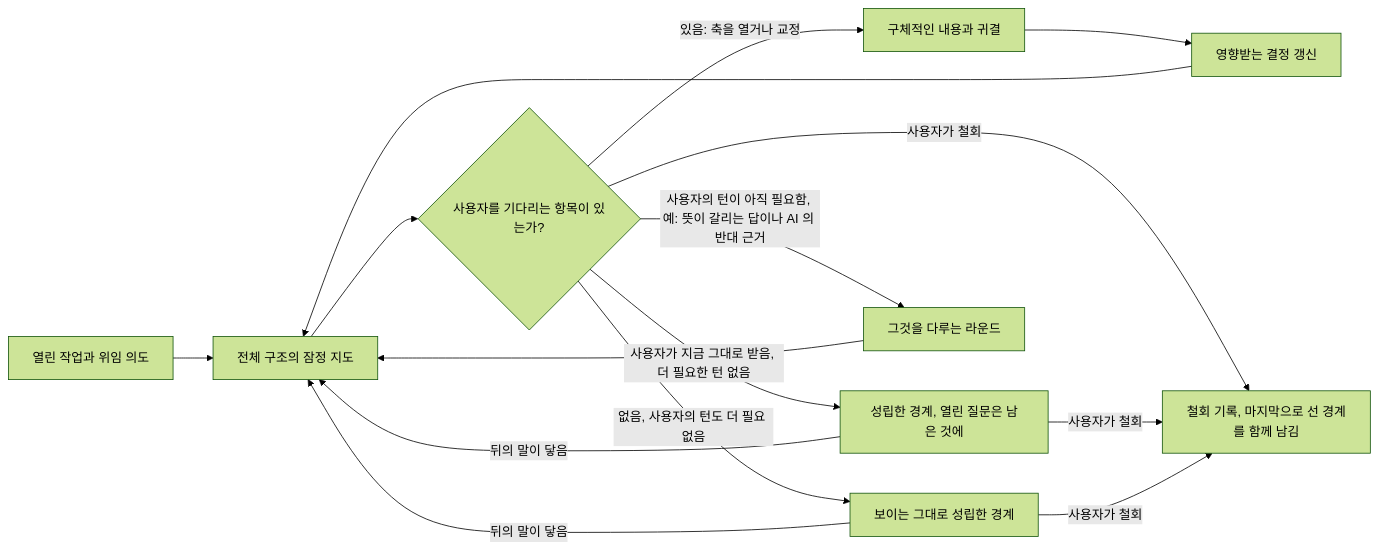
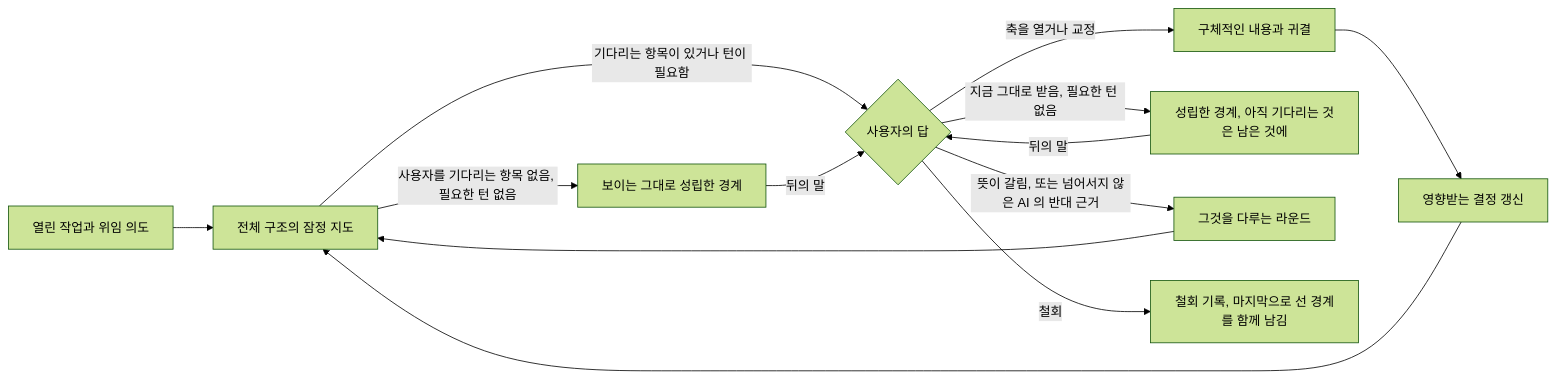
The diagram in horismos/README_ko.md (jongwony/epistemic-protocols), drawn with Mermaid (forest theme) before and after one commit. The commit also changed other lines of this file and 3 other files, not shown here.

````diff
--- a/horismos/README_ko.md
+++ b/horismos/README_ko.md
@@ -9,17 +9,15 @@
 ```mermaid
 flowchart LR
     A[열린 작업과 위임 의도] --> B[전체 구조의 잠정 지도]
-    B --> C{사용자를 기다리는 항목이 있는가?}
-    C -->|있음: 축을 열거나 교정| D[구체적인 내용과 귀결]
+    B -->|사용자를 기다리는 항목 없음, 필요한 턴 없음| G[보이는 그대로 성립한 경계]
+    B -->|기다리는 항목이 있거나 턴이 필요함| C{사용자의 답}
+    C -->|축을 열거나 교정| D[구체적인 내용과 귀결]
     D --> E[영향받는 결정 갱신]
     E --> B
-    C -->|사용자가 지금 그대로 받음, 더 필요한 턴 없음| F[성립한 경계, 열린 질문은 남은 것에]
-    C -->|없음, 사용자의 턴도 더 필요 없음| G[보이는 그대로 성립한 경계]
-    C -->|사용자의 턴이 아직 필요함, 예: 뜻이 갈리는 답이나 AI 의 반대 근거| H[그것을 다루는 라운드]
+    C -->|지금 그대로 받음, 필요한 턴 없음| F[성립한 경계, 아직 기다리는 것은 남은 것에]
+    C -->|뜻이 갈림, 또는 넘어서지 않은 AI 의 반대 근거| H[그것을 다루는 라운드]
     H --> B
-    C -->|사용자가 철회| W[철회 기록, 마지막으로 선 경계를 함께 남김]
-    F -->|뒤의 말이 닿음| B
-    G -->|뒤의 말이 닿음| B
-    F -->|사용자가 철회| W
-    G -->|사용자가 철회| W
+    C -->|철회| W[철회 기록, 마지막으로 선 경계를 함께 남김]
+    F -->|뒤의 말| C
+    G -->|뒤의 말| C
 ```
````
